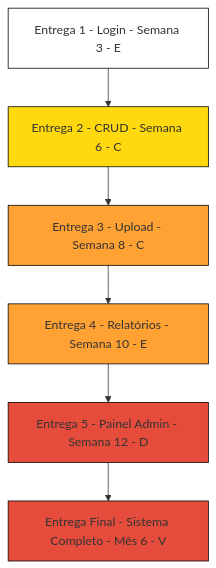
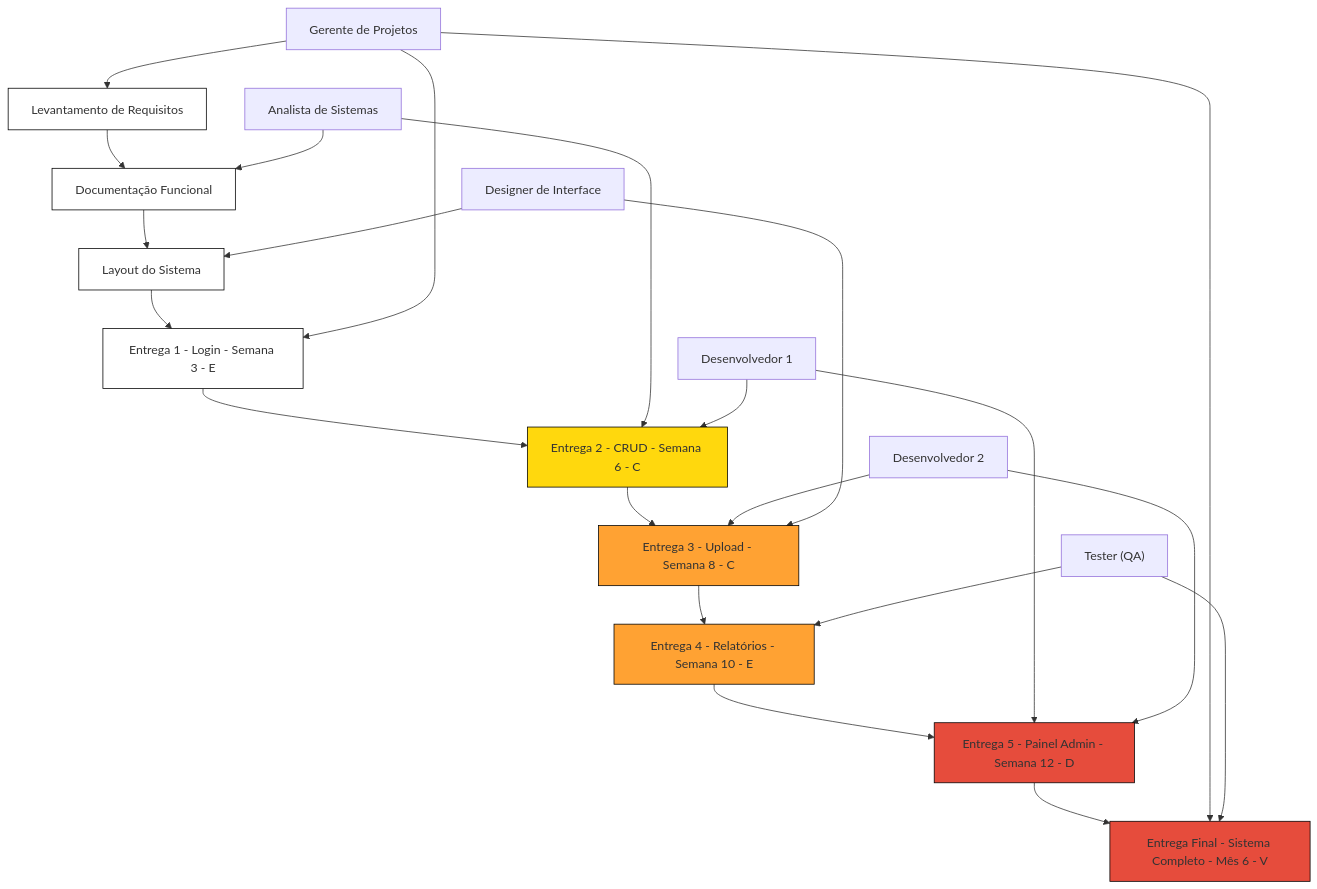
The first of 3 diagrams in README.md (AnandaMazine/Metodo-Agil-Crystal), drawn with Mermaid before and after one commit.

````diff
--- a/README.md
+++ b/README.md
@@ -3,18 +3,53 @@
 ```mermaid
 graph TD
+    %% Setores e funções
+    GP["Gerente de Projetos"]
+    AS["Analista de Sistemas"]
+    DEV1["Desenvolvedor 1"]
+    DEV2["Desenvolvedor 2"]
+    UI["Designer de Interface"]
+    QA["Tester (QA)"]
+
+    %% Atividades iniciais
+    LR["Levantamento de Requisitos"]:::branco
+    DF["Documentação Funcional"]:::branco
+    LAYOUT["Layout do Sistema"]:::branco
+
+    %% Entregas
     E1["Entrega 1 - Login - Semana 3 - E"]:::branco
     E2["Entrega 2 - CRUD - Semana 6 - C"]:::amarelo
     E3["Entrega 3 - Upload - Semana 8 - C"]:::laranja
     E4["Entrega 4 - Relatórios - Semana 10 - E"]:::laranja
     E5["Entrega 5 - Painel Admin - Semana 12 - D"]:::vermelho
     EF["Entrega Final - Sistema Completo - Mês 6 - V"]:::vermelho
 
+    %% Fluxo das atividades e entregas
+    LR --> DF --> LAYOUT --> E1
     E1 --> E2 --> E3 --> E4 --> E5 --> EF
+
+    %% Responsáveis por atividade
+    GP --> LR
+    AS --> DF
+    UI --> LAYOUT
+
+    %% Responsáveis por entrega
+    GP --> E1
+    AS --> E2
+    DEV1 --> E2
+    DEV2 --> E3
+    UI --> E3
+    QA --> E4
+    DEV1 --> E5
+    DEV2 --> E5
+    GP --> EF
+    QA --> EF
 
 %% Definições de estilo
 classDef branco fill:#ffffff,stroke:#000,stroke-width:1px;
 classDef amarelo fill:#FFD80D,stroke:#000,stroke-width:1px;
 classDef laranja fill:#FFA233,stroke:#000,stroke-width:1px;
 classDef vermelho fill:#E64C3C,stroke:#000,stroke-width:1px;
+classDef azul fill:#33BFFF,stroke:#000,stroke-width:1px;
+
 
 ```
````
